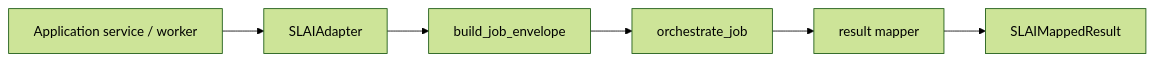
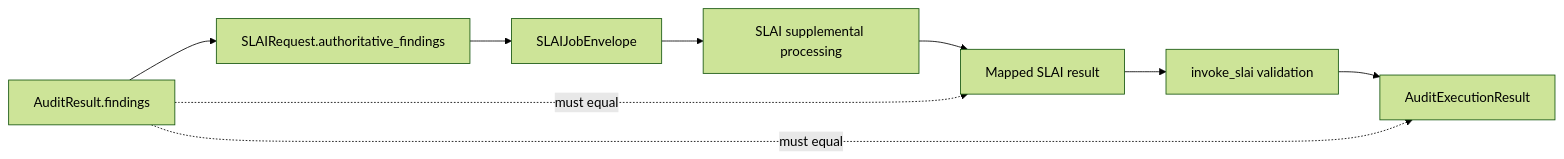
Before and after one commit to The-Outsider-97/bimap: the second of 2 diagrams in slai/README.md, drawn with Mermaid (forest theme). The commit also changed other lines of this file, not shown here.

````diff
--- a/slai/README.md
+++ b/slai/README.md
@@ -528,8 +412,14 @@
 ```mermaid
 flowchart LR
-    APP[Application service / worker] --> AD[SLAIAdapter]
-    AD --> BUILD[build_job_envelope]
-    BUILD --> ORCH[orchestrate_job]
-    ORCH --> MAP[result mapper]
-    MAP --> RES[SLAIMappedResult]
+    DET[AuditResult.findings]
+    REQ[SLAIRequest.authoritative_findings]
+    ENV[SLAIJobEnvelope]
+    ORCH[SLAI supplemental processing]
+    MAP[Mapped SLAI result]
+    INV[invoke_slai validation]
+    COMBO[AuditExecutionResult]
+
+    DET --> REQ --> ENV --> ORCH --> MAP --> INV --> COMBO
+    DET -. must equal .-> MAP
+    DET -. must equal .-> COMBO
 ```
````
